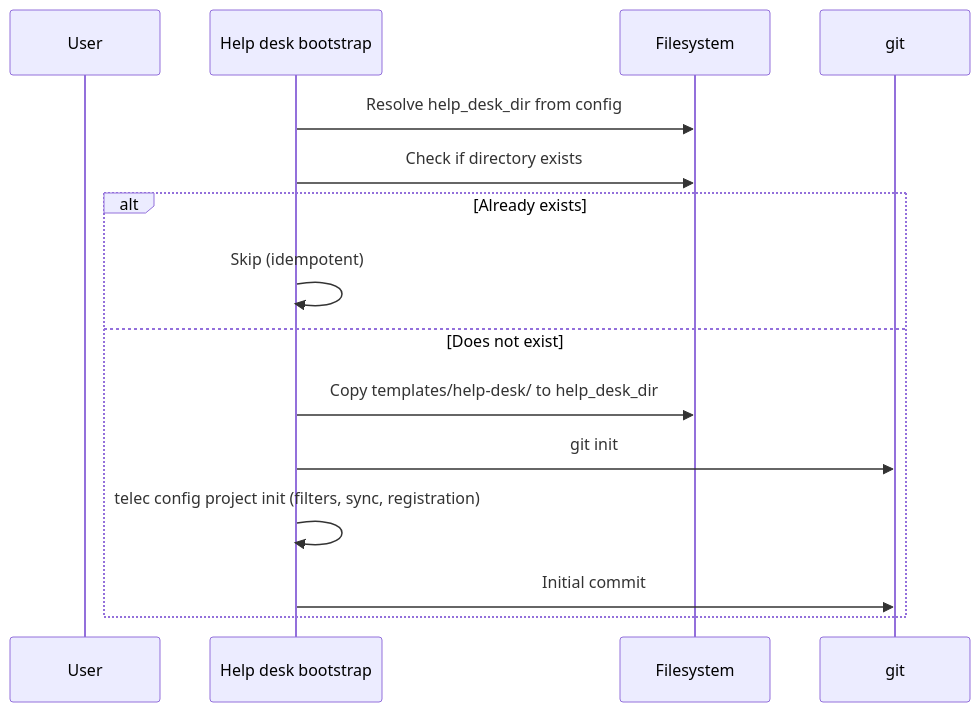
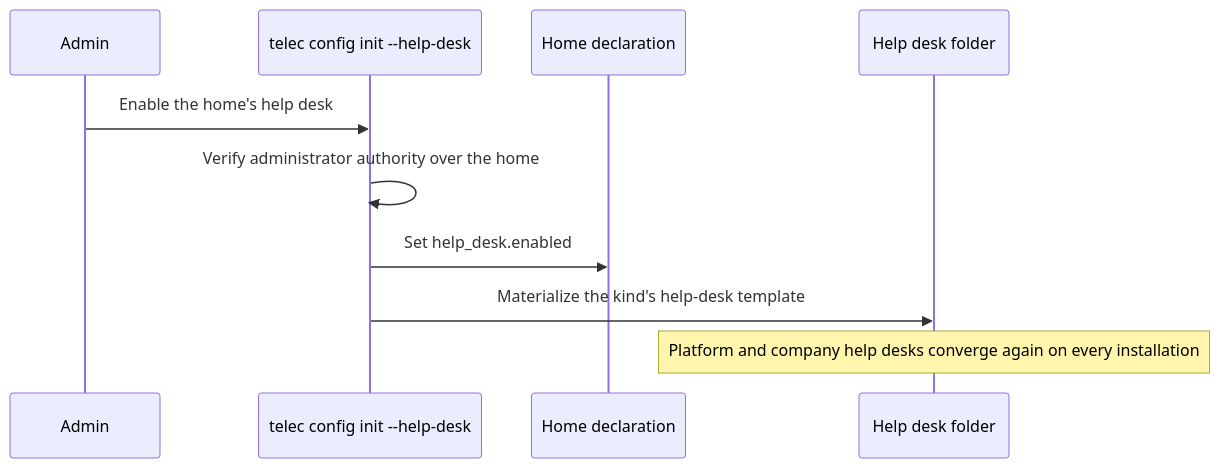
One commit to InstruktAI/TeleClaude changed diagram 11 of 11 in docs/local/design/architecture/help-desk-platform.md. Above: the diagram before and after it, drawn with Mermaid. The commit also changed other lines of this file and 55 other files, not shown here.

````diff
--- a/docs/local/design/architecture/help-desk-platform.md
+++ b/docs/local/design/architecture/help-desk-platform.md
@@ -897,18 +852,13 @@
 ```mermaid
 sequenceDiagram
-    participant User
-    participant Init as Help desk bootstrap
-    participant FS as Filesystem
-    participant Git as git
+    participant Admin
+    participant Init as telec config init --help-desk
+    participant Config as Home declaration
+    participant FS as Help desk folder
 
-    Init->>FS: Resolve help_desk_dir from config
-    Init->>FS: Check if directory exists
-    alt Already exists
-        Init->>Init: Skip (idempotent)
-    else Does not exist
-        Init->>FS: Copy templates/help-desk/ to help_desk_dir
-        Init->>Git: git init
-        Init->>Init: telec config project init (filters, sync, registration)
-        Init->>Git: Initial commit
-    end
+    Admin->>Init: Enable the home's help desk
+    Init->>Init: Verify administrator authority over the home
+    Init->>Config: Set help_desk.enabled
+    Init->>FS: Materialize the kind's help-desk template
+    Note over FS: Platform and company help desks converge again on every installation
 ```
````
